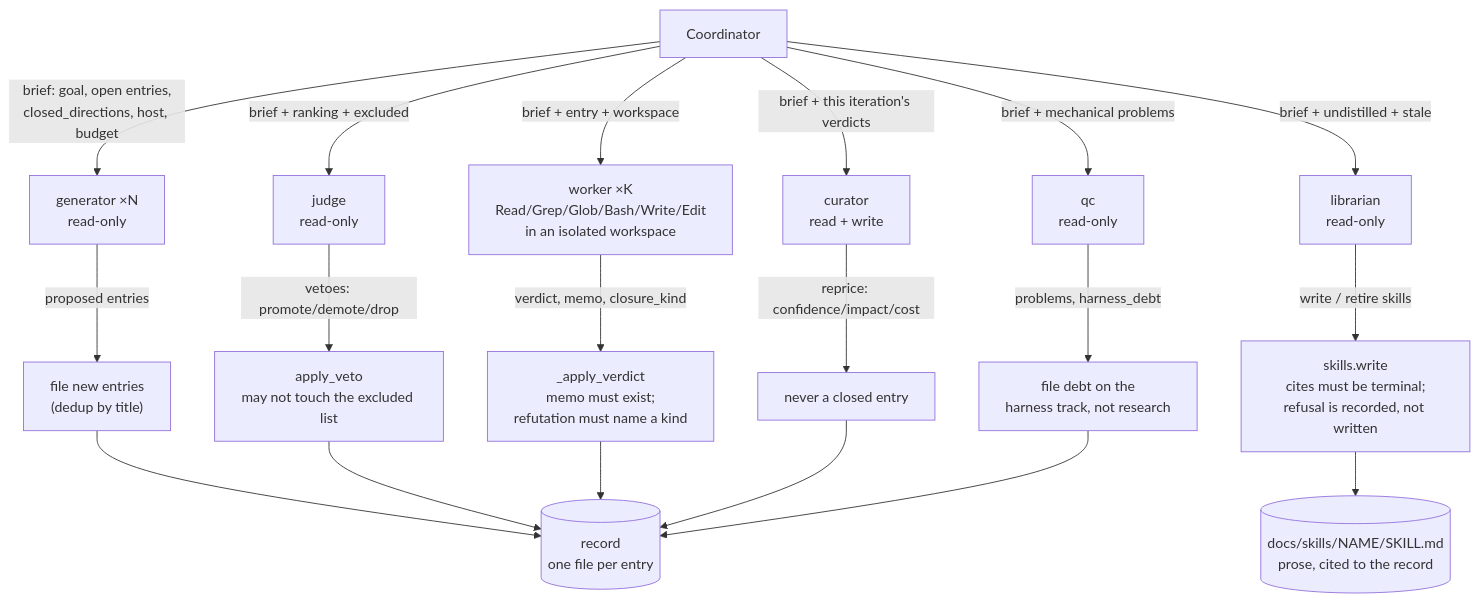
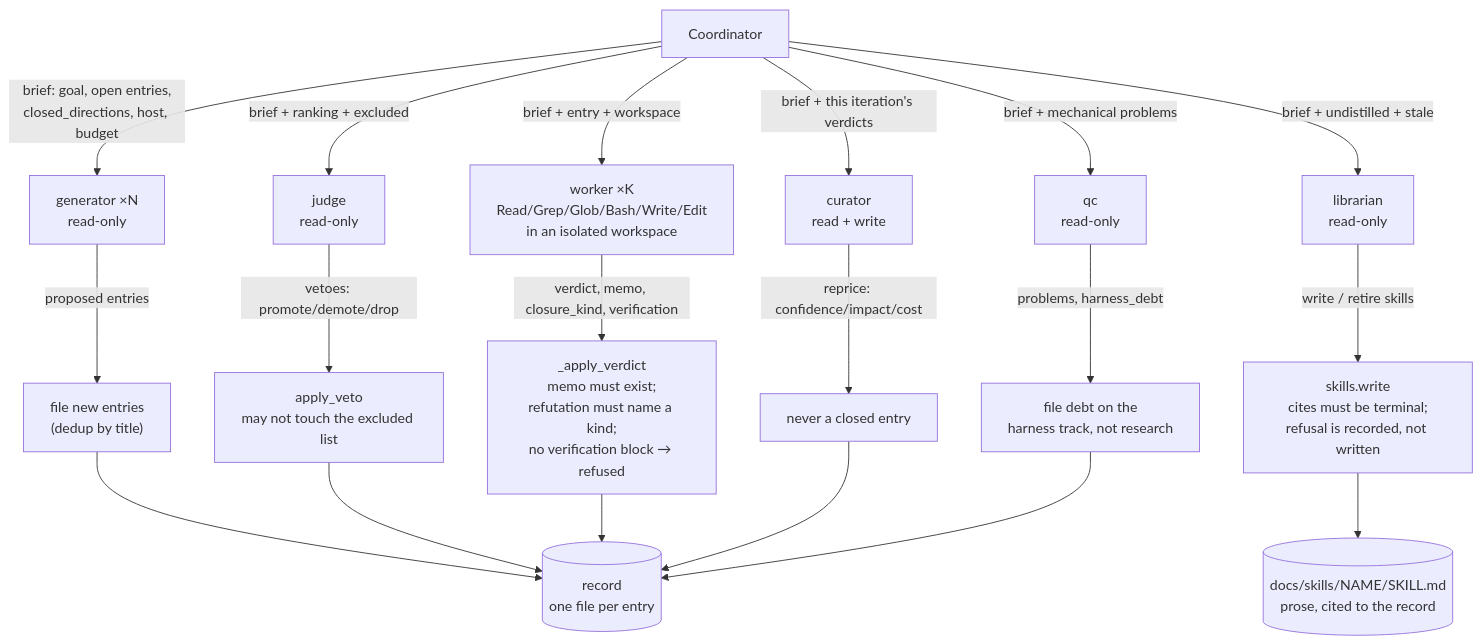
One commit to Ryun1/auto-research-toolkit changed the third of 6 diagrams in docs/ARCHITECTURE.md. Above: the diagram before and after it, drawn with Mermaid. The commit also changed other lines of this file and 27 other files, not shown here.

````diff
--- a/docs/ARCHITECTURE.md
+++ b/docs/ARCHITECTURE.md
@@ -136,29 +136,29 @@
 ```mermaid
 flowchart TB
     coord["Coordinator"]
 
     coord -->|"brief: goal, open entries,<br/>closed_directions, host, budget"| gen["generator ×N<br/>read-only"]
     gen -->|"proposed entries"| file["file new entries<br/>(dedup by title)"]
 
     coord -->|"brief + ranking + excluded"| judge["judge<br/>read-only"]
     judge -->|"vetoes: promote/demote/drop"| veto["apply_veto<br/>may not touch the excluded list"]
 
     coord -->|"brief + entry + workspace"| worker["worker ×K<br/>Read/Grep/Glob/Bash/Write/Edit<br/>in an isolated workspace"]
-    worker -->|"verdict, memo, closure_kind"| apply["_apply_verdict<br/>memo must exist;<br/>refutation must name a kind"]
+    worker -->|"verdict, memo, closure_kind, verification"| apply["_apply_verdict<br/>memo must exist;<br/>refutation must name a kind;<br/>no verification block → refused"]
 
     coord -->|"brief + this iteration's verdicts"| cur["curator<br/>read + write"]
     cur -->|"reprice: confidence/impact/cost"| repr["never a closed entry"]
 
     coord -->|"brief + undistilled + stale"| lib["librarian<br/>read-only"]
     lib -->|"write / retire skills"| skw["skills.write<br/>cites must be terminal;<br/>refusal is recorded, not written"]
 
     coord -->|"brief + mechanical problems"| qc["qc<br/>read-only"]
     qc -->|"problems, harness_debt"| debt["file debt on the<br/>harness track, not research"]
 
     file --> store[("record<br/>one file per entry")]
     veto --> store
     apply --> store
     repr --> store
     debt --> store
     skw --> sk[("docs/skills/NAME/SKILL.md<br/>prose, cited to the record")]
 ```
````
